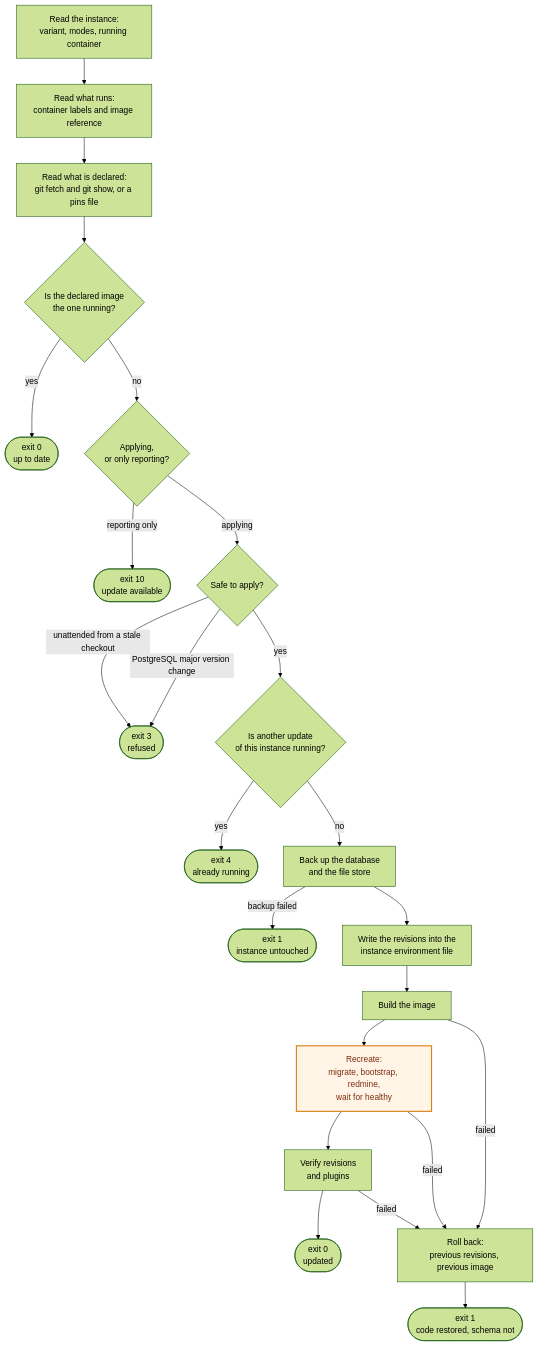
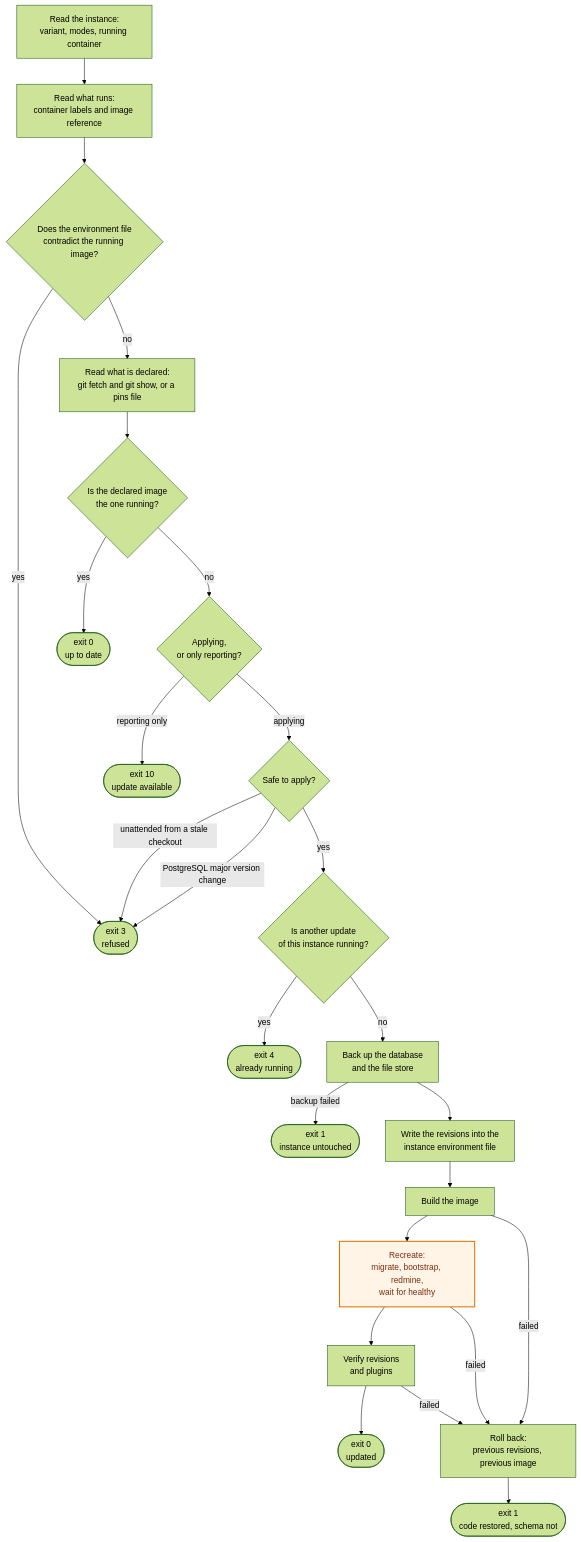
Before and after one commit to cosmoBots/cosmoSys_deploy: the first of 2 diagrams in docs/instance-updates.md, drawn with Mermaid (forest theme). The commit also changed other lines of this file and 4 other files, not shown here.

````diff
--- a/docs/instance-updates.md
+++ b/docs/instance-updates.md
@@ -13,28 +13,30 @@
 ```mermaid
 flowchart TD
     A["Read the instance:<br>variant, modes, running container"] --> B["Read what runs:<br>container labels and image reference"]
-    B --> C["Read what is declared:<br>git fetch and git show, or a pins file"]
+    B --> B2{"Does the environment file<br>contradict the running image?"}
+    B2 -->|yes| REFUSED(["exit 3<br>refused"])
+    B2 -->|no| C["Read what is declared:<br>git fetch and git show, or a pins file"]
     C --> D{"Is the declared image<br>the one running?"}
     D -->|yes| UPTODATE(["exit 0<br>up to date"])
     D -->|no| E{"Applying,<br>or only reporting?"}
     E -->|reporting only| AVAILABLE(["exit 10<br>update available"])
     E -->|applying| F{"Safe to apply?"}
-    F -->|unattended from a stale checkout| REFUSED(["exit 3<br>refused"])
+    F -->|unattended from a stale checkout| REFUSED
     F -->|PostgreSQL major version change| REFUSED
     F -->|yes| G{"Is another update<br>of this instance running?"}
     G -->|yes| LOCKED(["exit 4<br>already running"])
     G -->|no| H["Back up the database<br>and the file store"]
     H -->|backup failed| UNTOUCHED(["exit 1<br>instance untouched"])
     H --> I["Write the revisions into the<br>instance environment file"]
     I --> J["Build the image"]
     J --> K["Recreate:<br>migrate, bootstrap, redmine,<br>wait for healthy"]
     K --> L["Verify revisions<br>and plugins"]
     L --> DONE(["exit 0<br>updated"])
     J -->|failed| R["Roll back:<br>previous revisions, previous image"]
     K -->|failed| R
     L -->|failed| R
     R --> FAILED(["exit 1<br>code restored, schema not"])
 
     classDef irreversible fill:#fff4e5,stroke:#d97706,stroke-width:2px,color:#7c2d12
     class K irreversible
 ```
````
